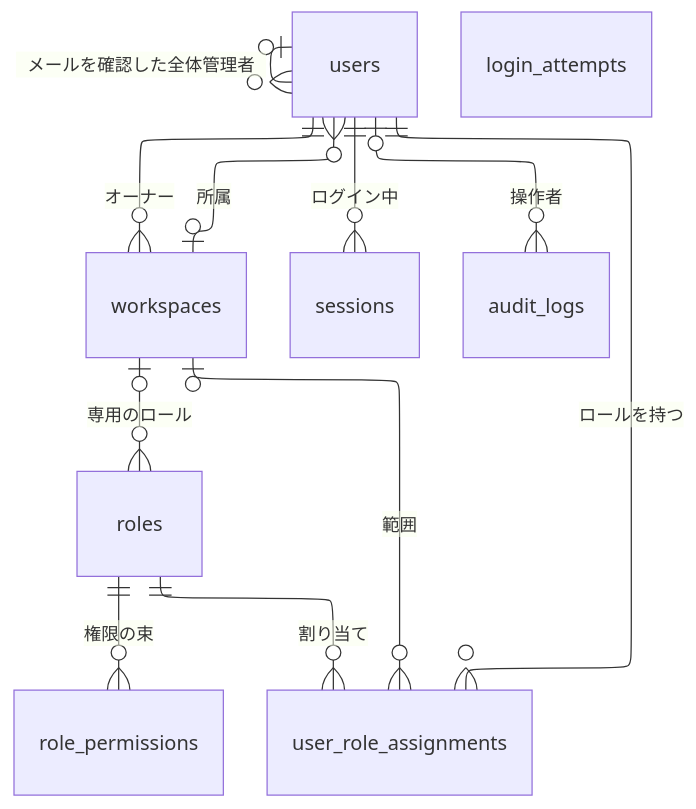
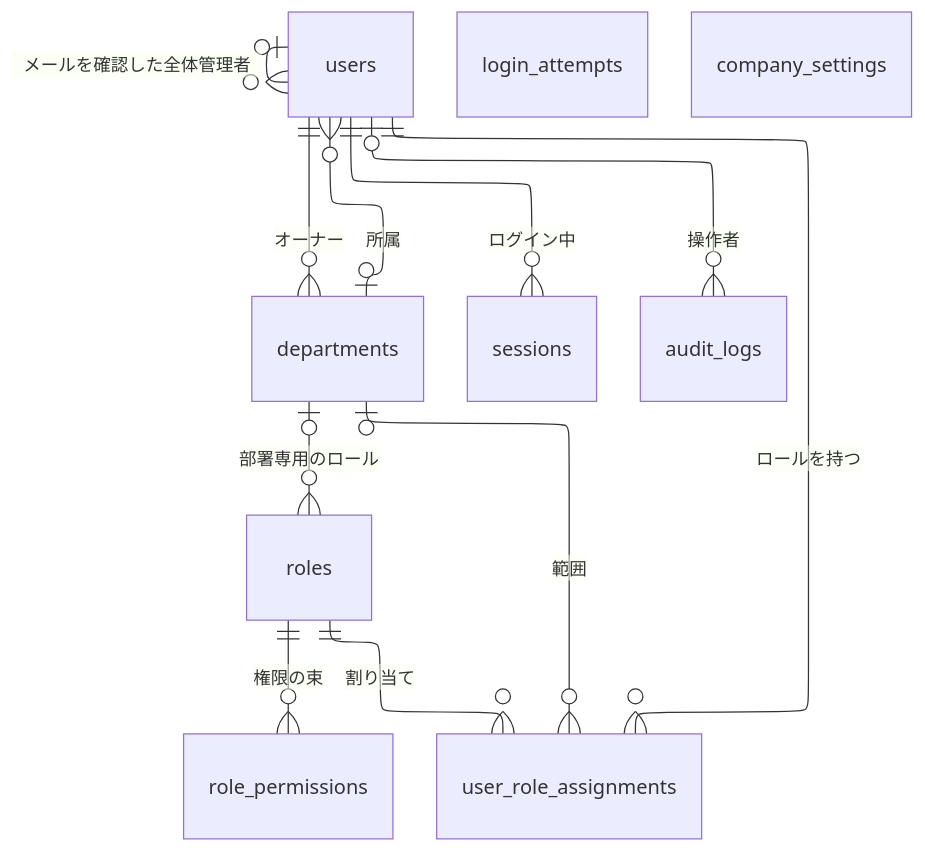
Before and after one commit to yamamotonaoki3/internal-system: the first of 8 diagrams in docs/requirements/data-model.md, drawn with Mermaid. The commit also changed other lines of this file and 18 other files, not shown here.

````diff
--- a/docs/requirements/data-model.md
+++ b/docs/requirements/data-model.md
@@ -25,18 +27,19 @@
 ```mermaid
 ---
 config:
   layout: elk
 ---
 erDiagram
-    workspaces |o--o{ users : "所属"
-    users ||--o{ workspaces : "オーナー"
+    departments |o--o{ users : "所属"
+    users ||--o{ departments : "オーナー"
     users ||--o{ sessions : "ログイン中"
     users |o--o{ audit_logs : "操作者"
     users |o--o{ users : "メールを確認した全体管理者"
     roles ||--o{ role_permissions : "権限の束"
     roles ||--o{ user_role_assignments : "割り当て"
     users ||--o{ user_role_assignments : "ロールを持つ"
-    workspaces |o--o{ roles : "専用のロール"
-    workspaces |o--o{ user_role_assignments : "範囲"
+    departments |o--o{ roles : "部署専用のロール"
+    departments |o--o{ user_role_assignments : "範囲"
     login_attempts
+    company_settings
 ```
````
